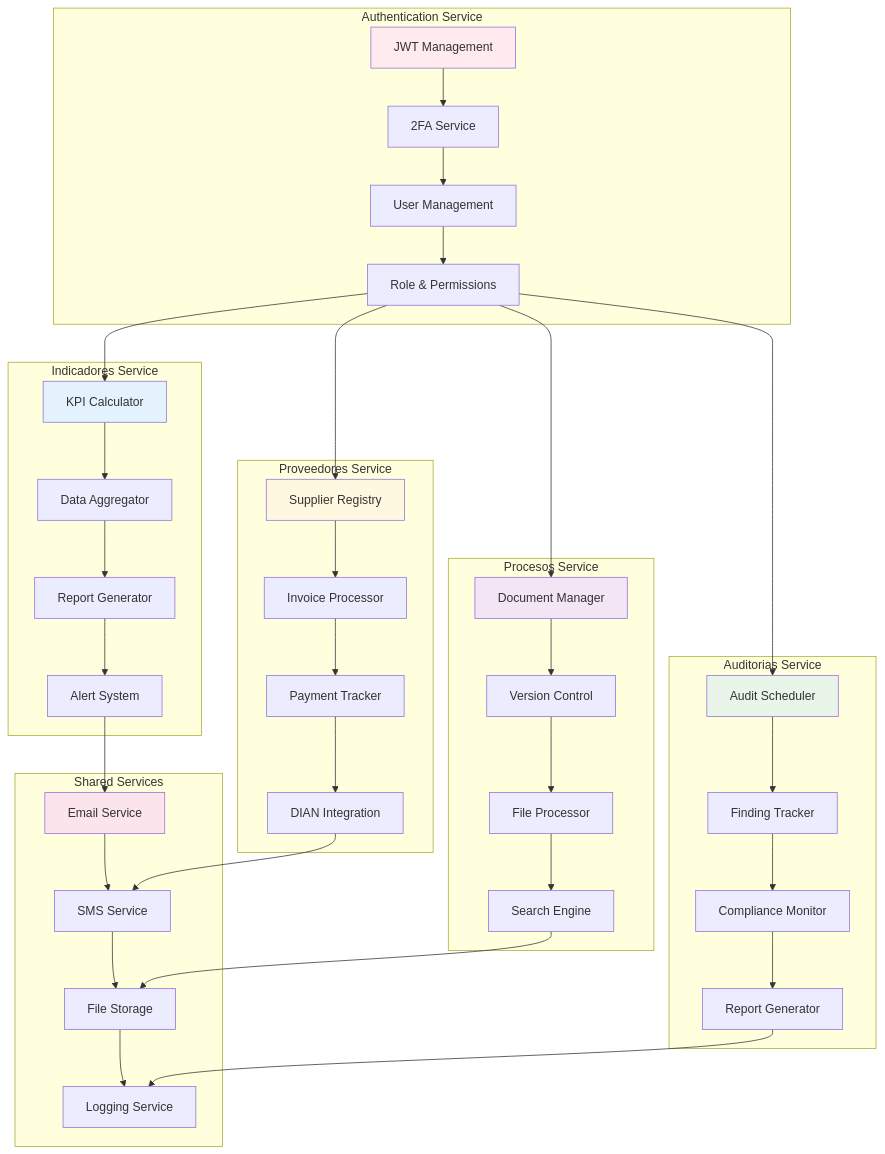
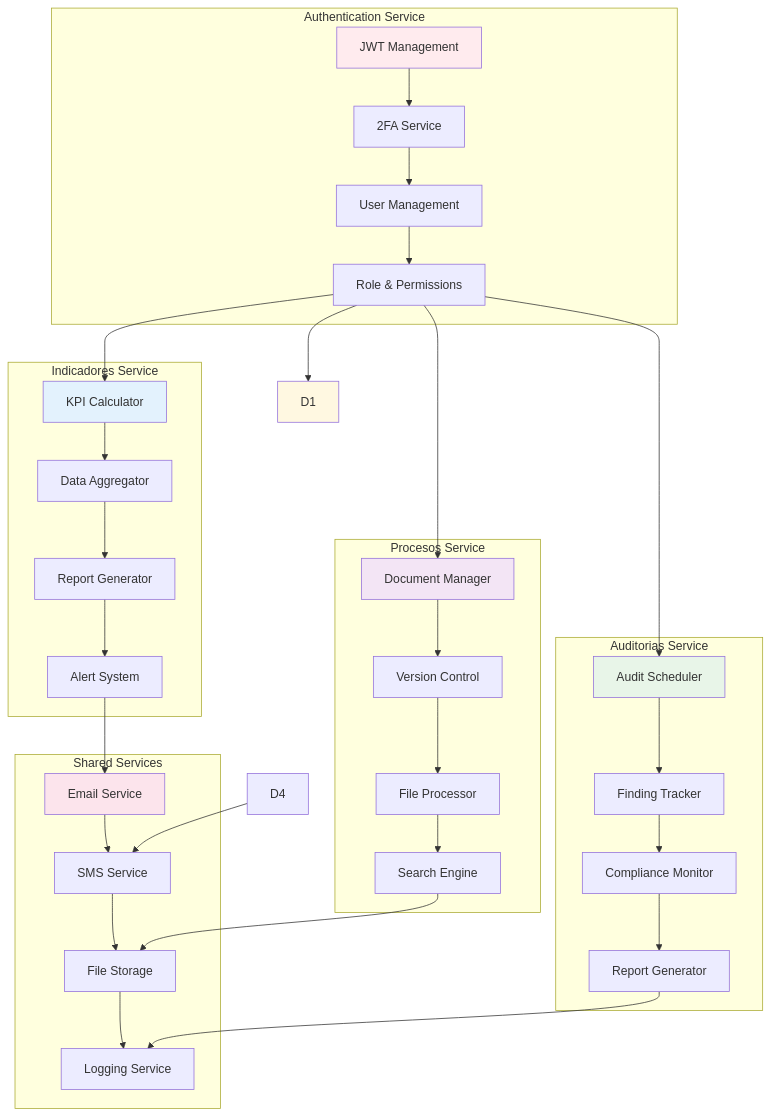
The sixth of 19 diagrams in architecture.md (Edisonnarvaez/portal_web_frontend), drawn with Mermaid before and after one commit. The commit also changed other lines of this file, not shown here.

First line of the commit message:
Remove Proveedores Module and Service from architectureajuste de arquitectura

````diff
--- a/architecture.md
+++ b/architecture.md
@@ -277,55 +270,50 @@
 ```mermaid
 graph TB
     subgraph "Authentication Service"
         A1[JWT Management] --> A2[2FA Service]
         A2 --> A3[User Management]
         A3 --> A4[Role & Permissions]
     end
     
     subgraph "Indicadores Service"
         B1[KPI Calculator] --> B2[Data Aggregator]
         B2 --> B3[Report Generator]
         B3 --> B4[Alert System]
     end
     
     subgraph "Procesos Service"
         C1[Document Manager] --> C2[Version Control]
         C2 --> C3[File Processor]
         C3 --> C4[Search Engine]
     end
-    
-    subgraph "Proveedores Service"
-        D1[Supplier Registry] --> D2[Invoice Processor]
-        D2 --> D3[Payment Tracker]
-        D3 --> D4[DIAN Integration]
-    end
+
     
     subgraph "Auditorias Service"
         E1[Audit Scheduler] --> E2[Finding Tracker]
         E2 --> E3[Compliance Monitor]
         E3 --> E4[Report Generator]
     end
     
     subgraph "Shared Services"
         F1[Email Service] --> F2[SMS Service]
         F2 --> F3[File Storage]
         F3 --> F4[Logging Service]
     end
     
     A4 --> B1
     A4 --> C1
     A4 --> D1
     A4 --> E1
     
     B4 --> F1
     C4 --> F3
     D4 --> F2
     E4 --> F4
     
     style A1 fill:#ffebee
     style B1 fill:#e3f2fd
     style C1 fill:#f3e5f5
     style D1 fill:#fff8e1
     style E1 fill:#e8f5e8
     style F1 fill:#fce4ec
 ```
````
